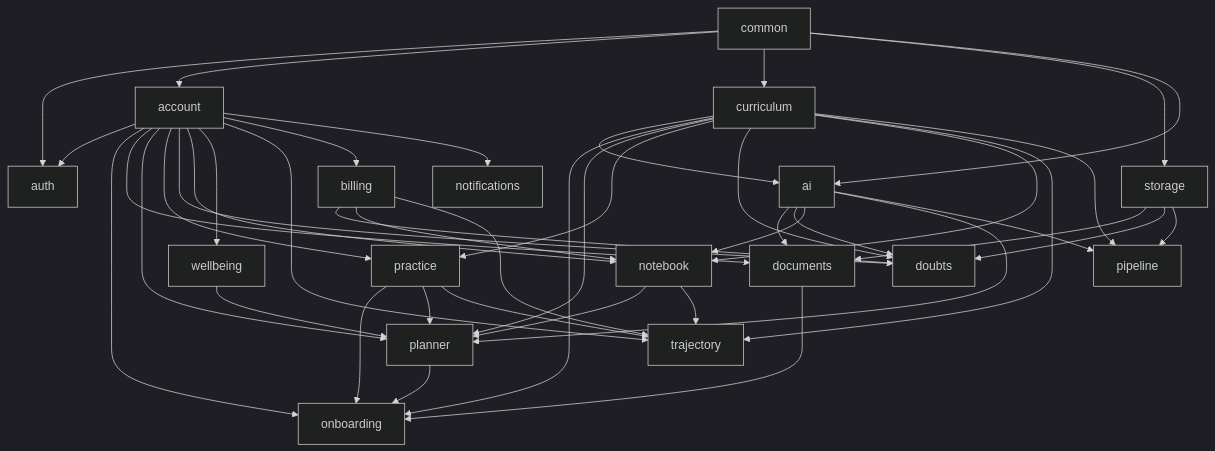
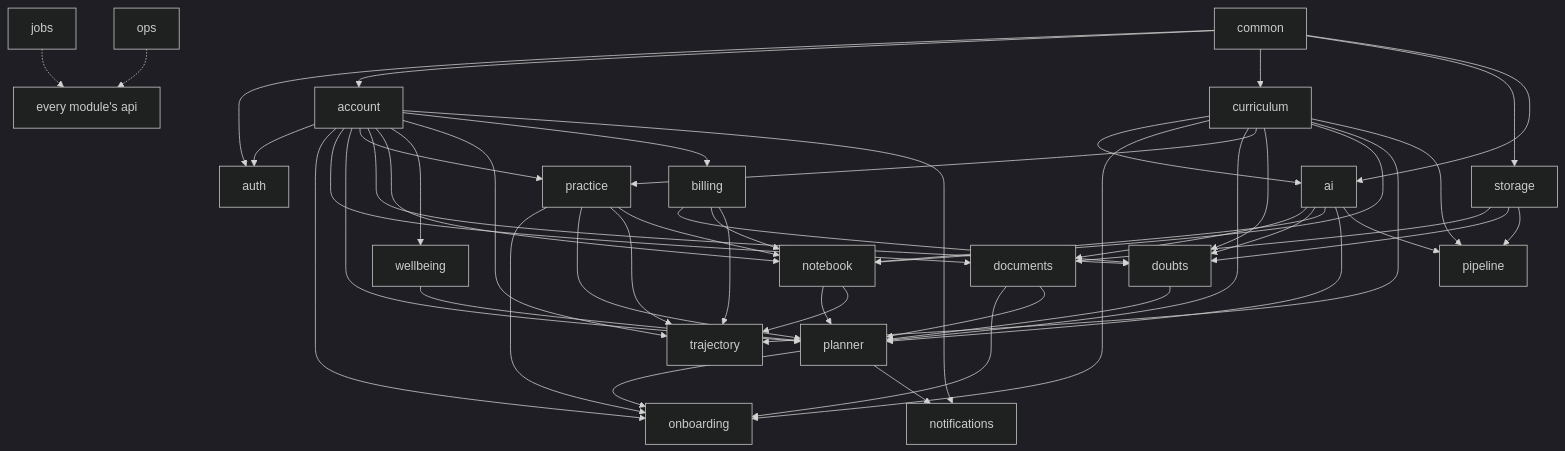
One commit to rayeesGmail/margai changed the second of 2 diagrams in docs/TECH_PLAN.md. Above: the diagram before and after it, drawn with Mermaid (dark theme). The commit also changed other lines of this file, not shown here.

````diff
--- a/docs/TECH_PLAN.md
+++ b/docs/TECH_PLAN.md
@@ -188,16 +202,19 @@
 ```mermaid
 flowchart TD
     common --> auth & account & curriculum & storage & ai
     account --> auth
     curriculum --> ai
     ai --> documents & doubts & notebook & planner & pipeline
     account --> onboarding & documents & planner & practice & doubts & notebook & wellbeing & trajectory & billing & notifications
     curriculum --> onboarding & planner & practice & doubts & notebook & trajectory & pipeline
     storage --> documents & doubts & pipeline
-    documents --> onboarding
-    planner --> onboarding
-    practice --> onboarding & planner & trajectory
+    documents --> onboarding & planner
+    planner --> onboarding & notifications
+    practice --> onboarding & planner & trajectory & notebook
     notebook --> planner & trajectory
     wellbeing --> planner
+    doubts --> planner
     billing --> doubts & notebook & trajectory
+    jobs -.-> everyModuleApi[every module's api]
+    ops -.-> everyModuleApi
 ```
````
